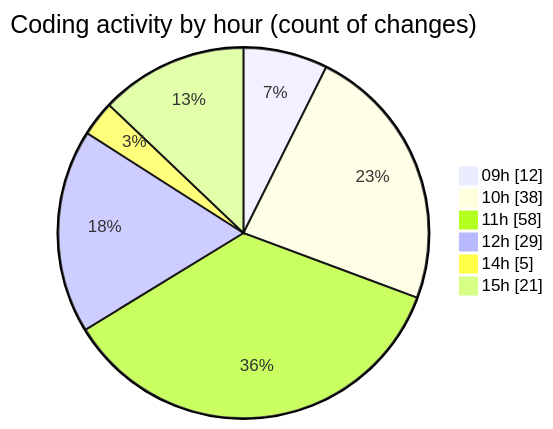
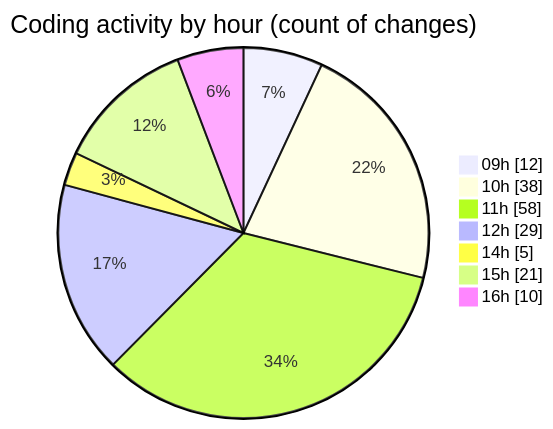
One commit to momahboobian/code-tracking changed the second of 2 diagrams in 2025-10-03/cda/README.md. Above: the diagram before and after it, drawn with Mermaid. The commit also changed other lines of this file and 1 other file, not shown here.

````diff
--- a/2025-10-03/cda/README.md
+++ b/2025-10-03/cda/README.md
@@ -42,10 +42,11 @@
 ```mermaid
 pie showData
 title Coding activity by hour (count of changes)
 "09h" : 12
 "10h" : 38
 "11h" : 58
 "12h" : 29
 "14h" : 5
 "15h" : 21
+"16h" : 10
 ```
````
